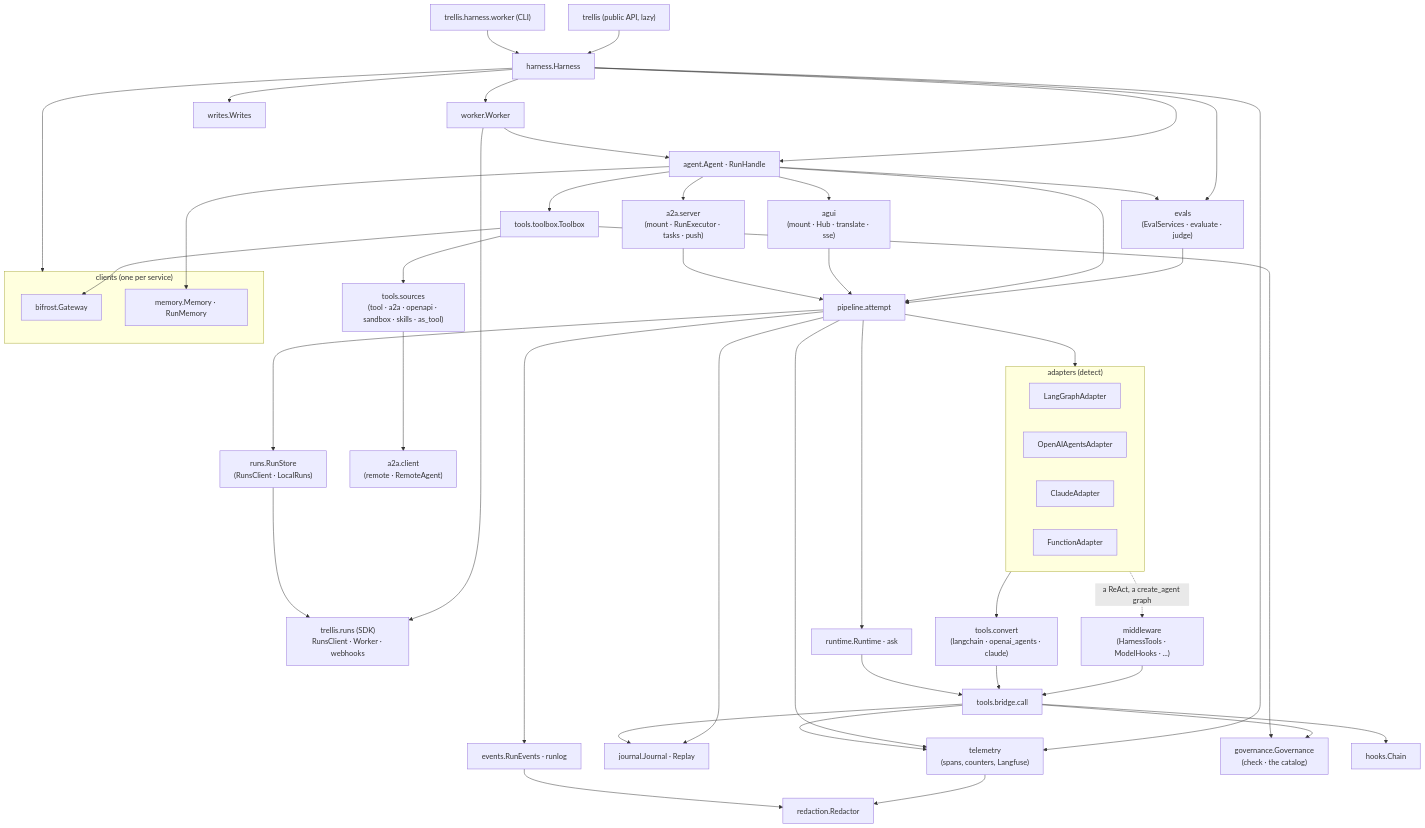
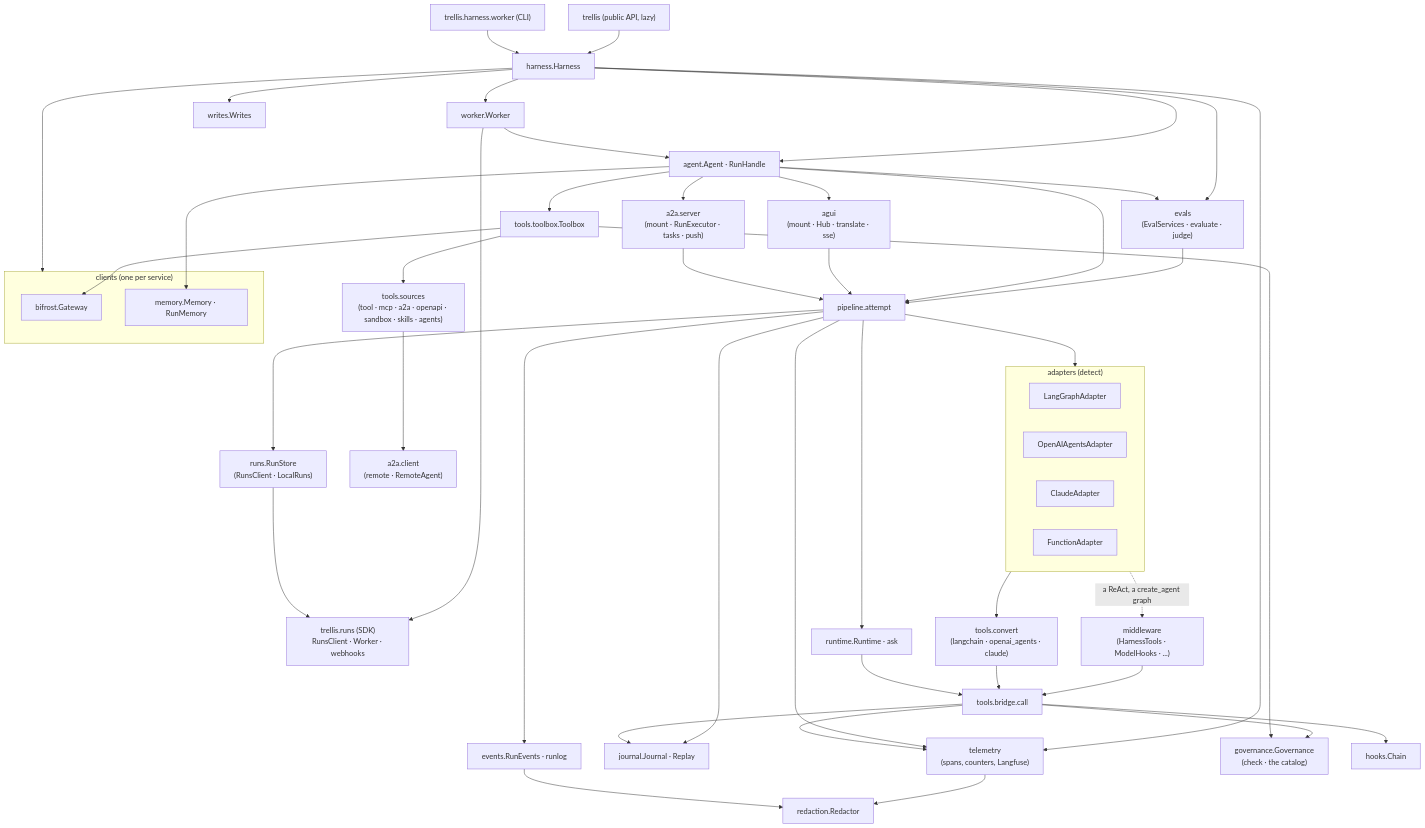
One commit to amitmohapatra/agent-harness changed the fourth of 10 diagrams in docs/architecture.md. Above: the diagram before and after it, drawn with Mermaid. The commit also changed other lines of this file and 51 other files, not shown here.

````diff
--- a/docs/architecture.md
+++ b/docs/architecture.md
@@ -218,56 +218,56 @@
 ```mermaid
 flowchart TB
   api["trellis (public API, lazy)"] --> harness["harness.Harness"]
   cli["trellis.harness.worker (CLI)"] --> harness
   harness --> agent["agent.Agent · RunHandle"]
   harness --> workerm["worker.Worker"]
   harness --> writes["writes.Writes"]
   harness --> telemetry["telemetry<br/>(spans, counters, Langfuse)"]
   harness --> evals["evals<br/>(EvalServices · evaluate · judge)"]
   agent --> evals
   evals --> pipeline
   workerm --> agent
   workerm --> sdk
   agent --> pipeline["pipeline.attempt"]
   agent --> agui["agui<br/>(mount · Hub · translate · sse)"]
   agent --> a2aserver["a2a.server<br/>(mount · RunExecutor · tasks · push)"]
   agui --> pipeline
   a2aserver --> pipeline
   pipeline --> runtime["runtime.Runtime · ask"]
   pipeline --> journal["journal.Journal · Replay"]
   pipeline --> events["events.RunEvents · runlog"]
   pipeline --> adapters
   subgraph adapters["adapters (detect)"]
     langgraph["LangGraphAdapter"]
     openai["OpenAIAgentsAdapter"]
     claude["ClaudeAdapter"]
     function["FunctionAdapter"]
   end
   adapters --> convert["tools.convert<br/>(langchain · openai_agents · claude)"]
   adapters -. "a ReAct, a create_agent graph" .-> middleware["middleware<br/>(HarnessTools · ModelHooks · ...)"]
   middleware --> bridge
   convert --> bridge["tools.bridge.call"]
   runtime --> bridge
   bridge --> governance["governance.Governance<br/>(check · the catalog)"]
   bridge --> journal
   bridge --> hooks["hooks.Chain"]
   agent --> toolbox["tools.toolbox.Toolbox"]
   toolbox --> governance
-  toolbox --> sources["tools.sources<br/>(tool · a2a · openapi · sandbox · skills · as_tool)"]
+  toolbox --> sources["tools.sources<br/>(tool · mcp · a2a · openapi · sandbox · skills · agents)"]
   sources --> a2aclient["a2a.client<br/>(remote · RemoteAgent)"]
   subgraph clients["clients (one per service)"]
     bifrost["bifrost.Gateway"]
     memory["memory.Memory · RunMemory"]
   end
   runs["runs.RunStore<br/>(RunsClient · LocalRuns)"]
   sdk["trellis.runs (SDK)<br/>RunsClient · Worker · webhooks"]
   toolbox --> bifrost
   agent --> memory
   pipeline --> runs
   harness --> clients
   runs --> sdk
   telemetry --> redaction["redaction.Redactor"]
   events --> redaction
   pipeline --> telemetry
   bridge --> telemetry
 ```
````
